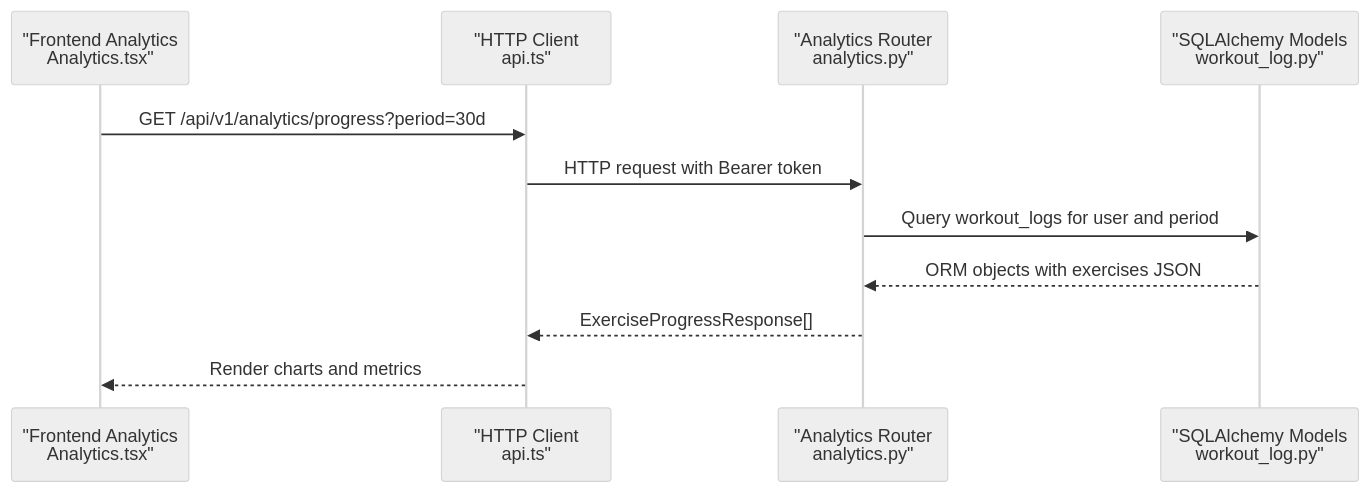
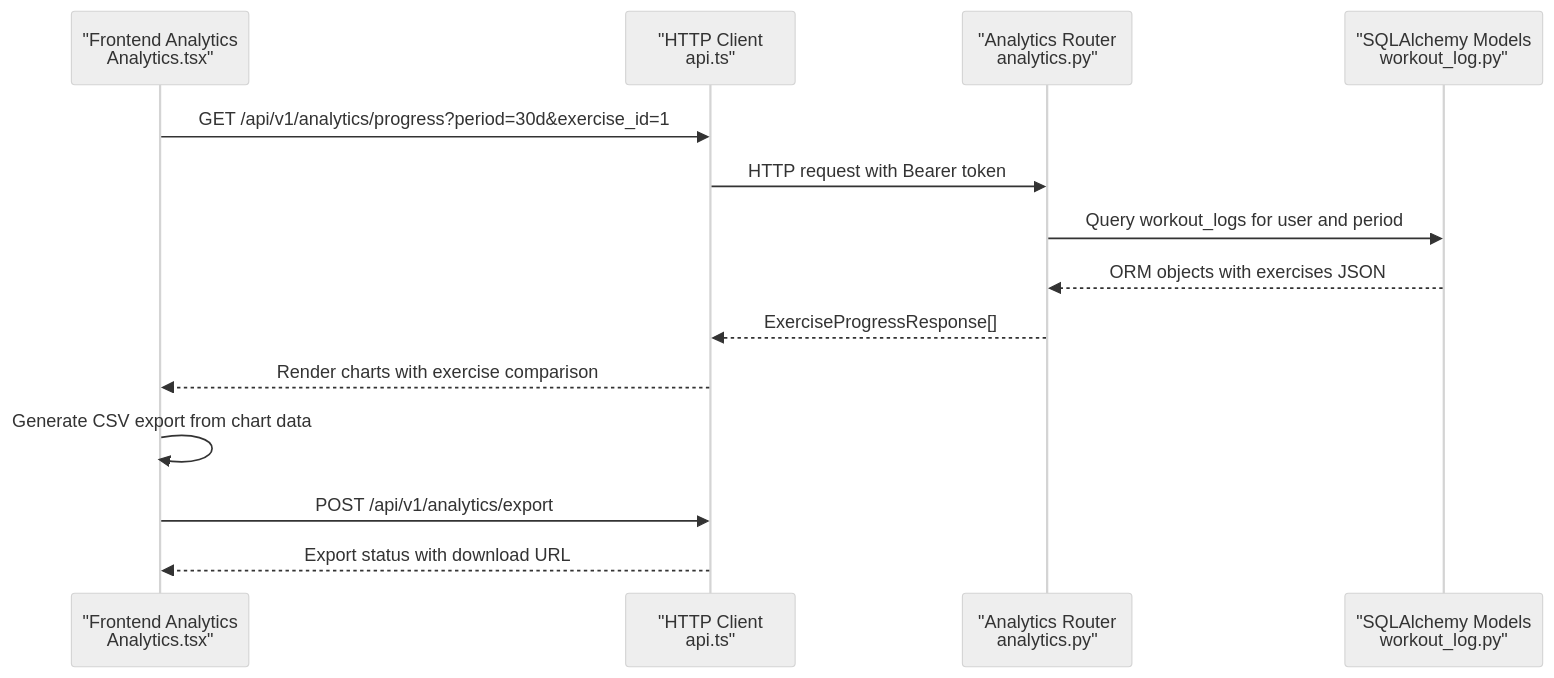
One commit to nilsnavi/fit_trackerpro changed the second of 7 diagrams in .qoder/repowiki/en/content/Feature Implementation/Analytics & Insights Dashboard.md. Above: the diagram before and after it, drawn with Mermaid (neutral theme). The commit also changed other lines of this file and 19 other files, not shown here.

````diff
--- a/.qoder/repowiki/en/content/Feature Implementation/Analytics & Insights Dashboard.md
+++ b/.qoder/repowiki/en/content/Feature Implementation/Analytics & Insights Dashboard.md
@@ -107,13 +130,16 @@
 ```mermaid
 sequenceDiagram
 participant FE as "Frontend Analytics<br/>Analytics.tsx"
 participant API as "HTTP Client<br/>api.ts"
 participant BE as "Analytics Router<br/>analytics.py"
 participant DB as "SQLAlchemy Models<br/>workout_log.py"
-FE->>API : GET /api/v1/analytics/progress?period=30d
+FE->>API : GET /api/v1/analytics/progress?period=30d&exercise_id=1
 API->>BE : HTTP request with Bearer token
 BE->>DB : Query workout_logs for user and period
 DB-->>BE : ORM objects with exercises JSON
 BE-->>API : ExerciseProgressResponse[]
-API-->>FE : Render charts and metrics
+API-->>FE : Render charts with exercise comparison
+FE->>FE : Generate CSV export from chart data
+FE->>API : POST /api/v1/analytics/export
+API-->>FE : Export status with download URL
 ```
````
